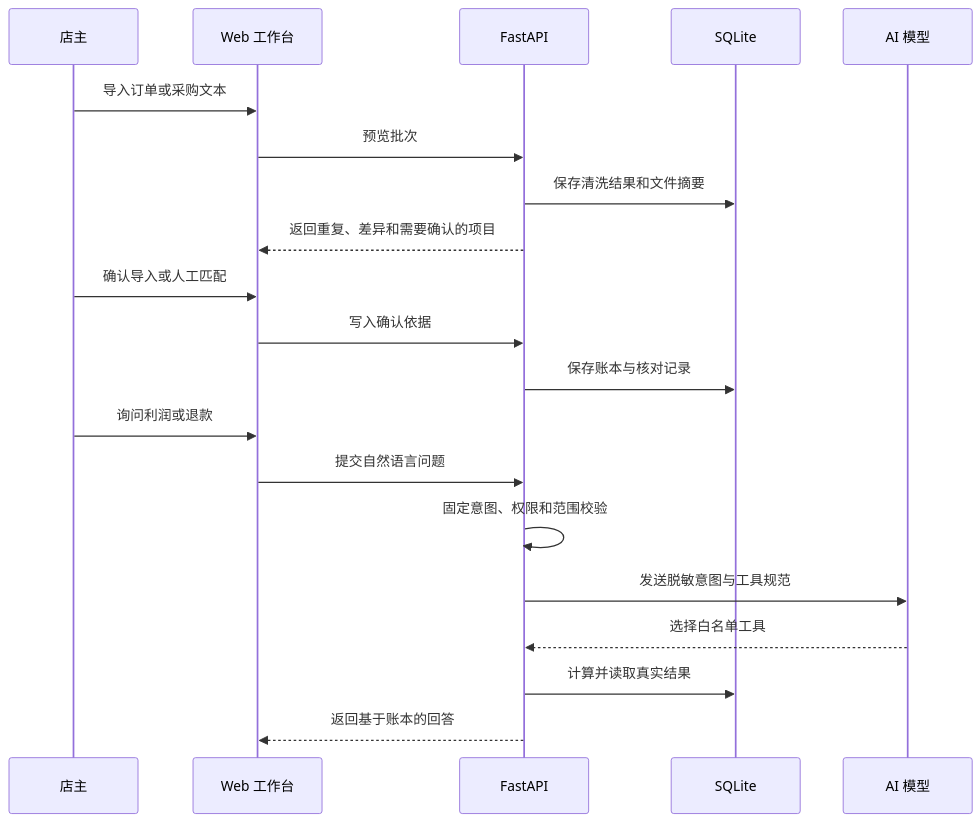
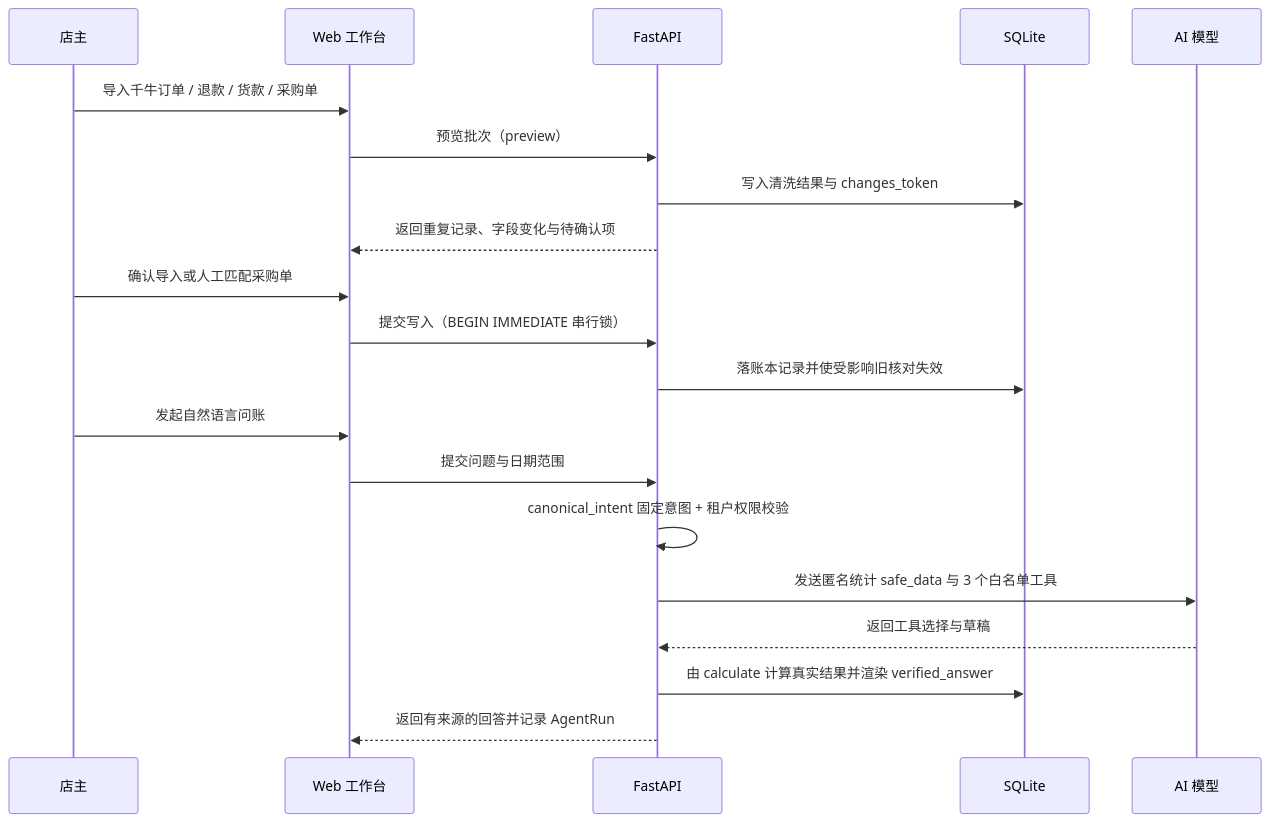
One commit to wanghaibing07/multistore-ai-ops changed the second of 4 diagrams in docs/architecture.md. Above: the diagram before and after it, drawn with Mermaid. The commit also changed other lines of this file and 14 other files, not shown here.

````diff
--- a/docs/architecture.md
+++ b/docs/architecture.md
@@ -9,23 +52,23 @@
-~~~mermaid
+```mermaid
 sequenceDiagram
     participant U as 店主
     participant W as Web 工作台
     participant A as FastAPI
     participant D as SQLite
     participant M as AI 模型
 
-    U->>W: 导入订单或采购文本
-    W->>A: 预览批次
-    A->>D: 保存清洗结果和文件摘要
-    A-->>W: 返回重复、差异和需要确认的项目
-    U->>W: 确认导入或人工匹配
-    W->>A: 写入确认依据
-    A->>D: 保存账本与核对记录
-    U->>W: 询问利润或退款
-    W->>A: 提交自然语言问题
-    A->>A: 固定意图、权限和范围校验
-    A->>M: 发送脱敏意图与工具规范
-    M-->>A: 选择白名单工具
-    A->>D: 计算并读取真实结果
-    A-->>W: 返回基于账本的回答
-~~~
+    U->>W: 导入千牛订单 / 退款 / 货款 / 采购单
+    W->>A: 预览批次（preview）
+    A->>D: 写入清洗结果与 changes_token
+    A-->>W: 返回重复记录、字段变化与待确认项
+    U->>W: 确认导入或人工匹配采购单
+    W->>A: 提交写入（BEGIN IMMEDIATE 串行锁）
+    A->>D: 落账本记录并使受影响旧核对失效
+    U->>W: 发起自然语言问账
+    W->>A: 提交问题与日期范围
+    A->>A: canonical_intent 固定意图 + 租户权限校验
+    A->>M: 发送匿名统计 safe_data 与 3 个白名单工具
+    M-->>A: 返回工具选择与草稿
+    A->>D: 由 calculate 计算真实结果并渲染 verified_answer
+    A-->>W: 返回有来源的回答并记录 AgentRun
+```
````
